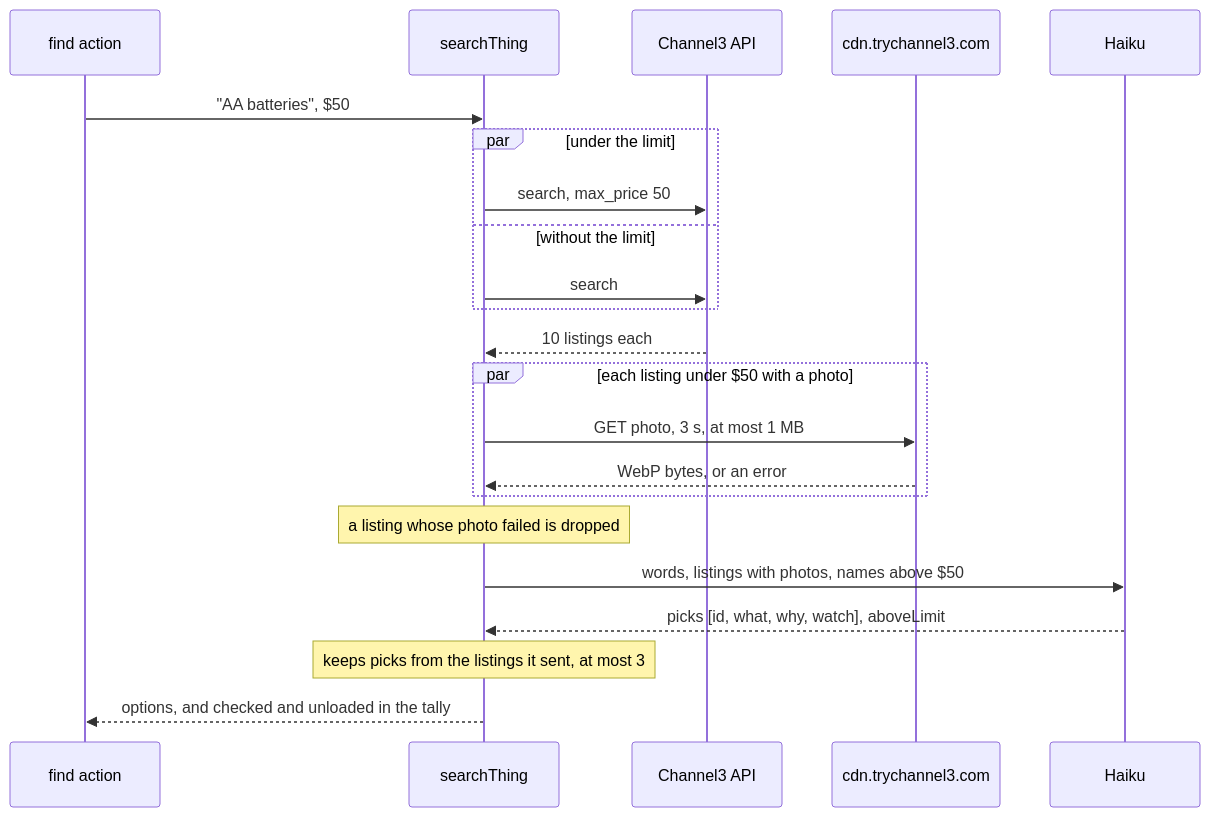
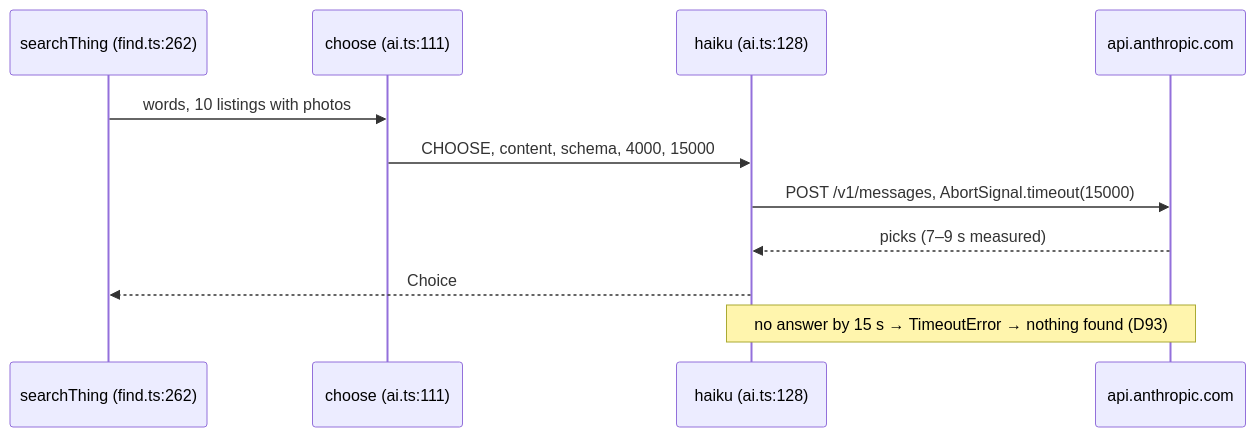
Before and after one commit to dzaffren/kincart: the second of 2 diagrams in docs/specs/picks-that-match.md, drawn with Mermaid. The commit also changed other lines of this file and 10 other files, not shown here.

````diff
--- a/docs/specs/picks-that-match.md
+++ b/docs/specs/picks-that-match.md
@@ -180,24 +75,13 @@
 ```mermaid
 sequenceDiagram
-    participant A as find action
-    participant F as searchThing
-    participant C as Channel3 API
-    participant P as cdn.trychannel3.com
-    participant H as Haiku
-    A->>F: "AA batteries", $50
-    par under the limit
-        F->>C: search, max_price 50
-    and without the limit
-        F->>C: search
-    end
-    C-->>F: 10 listings each
-    par each listing under $50 with a photo
-        F->>P: GET photo, 3 s, at most 1 MB
-        P-->>F: WebP bytes, or an error
-    end
-    Note over F: a listing whose photo failed is dropped
-    F->>H: words, listings with photos, names above $50
-    H-->>F: picks [id, what, why, watch], aboveLimit
-    Note over F: keeps picks from the listings it sent, at most 3
-    F-->>A: options, and checked and unloaded in the tally
+    participant S as searchThing (find.ts:262)
+    participant C as choose (ai.ts:111)
+    participant H as haiku (ai.ts:128)
+    participant A as api.anthropic.com
+    S->>C: words, 10 listings with photos
+    C->>H: CHOOSE, content, schema, 4000, 15000
+    H->>A: POST /v1/messages, AbortSignal.timeout(15000)
+    A-->>H: picks (7–9 s measured)
+    H-->>S: Choice
+    Note over H,A: no answer by 15 s → TimeoutError → nothing found (D93)
 ```
````
